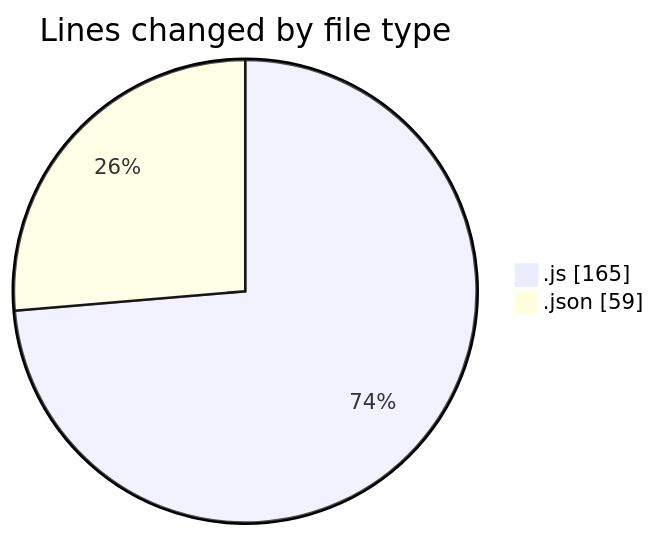
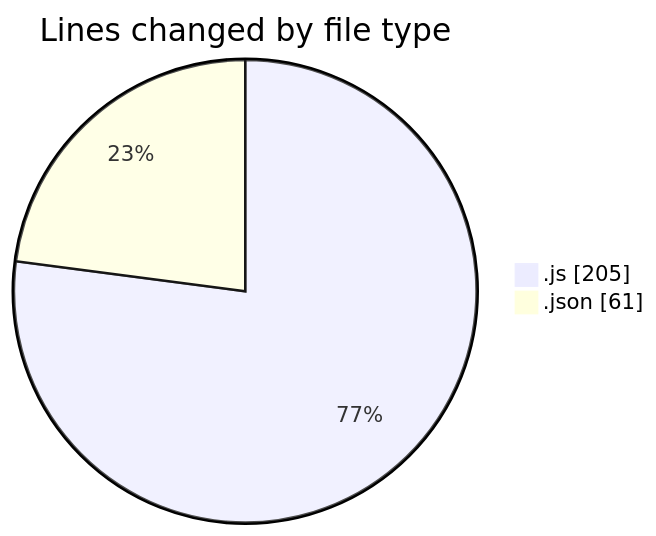
Before and after one commit to Ritupan-Deka/code-tracking: the first of 2 diagrams in 2025-07-02/mern-thinkboard/README.md, drawn with Mermaid. The commit also changed other lines of this file and 1 other file, not shown here.

````diff
--- a/2025-07-02/mern-thinkboard/README.md
+++ b/2025-07-02/mern-thinkboard/README.md
@@ -24,6 +26,6 @@
 ```mermaid
 pie showData
 title Lines changed by file type
-".js" : 165
-".json" : 59
+".js" : 205
+".json" : 61
 ```
````
